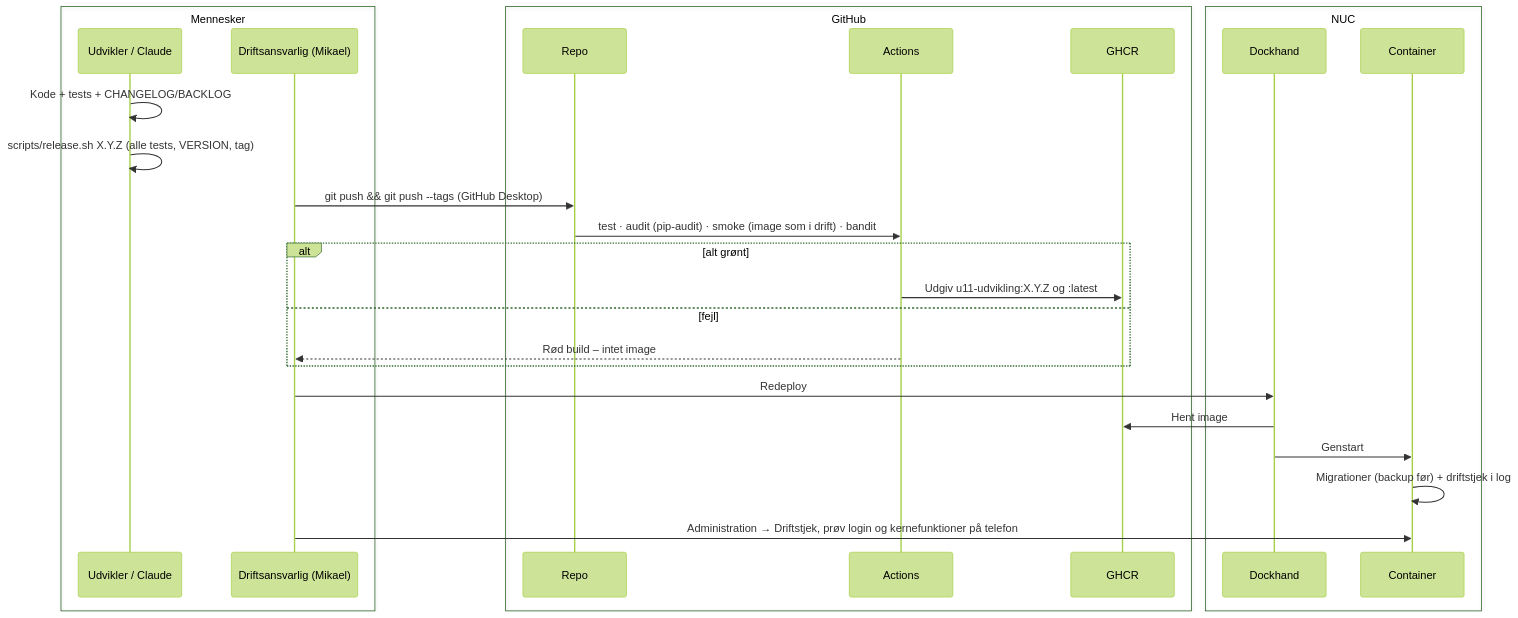
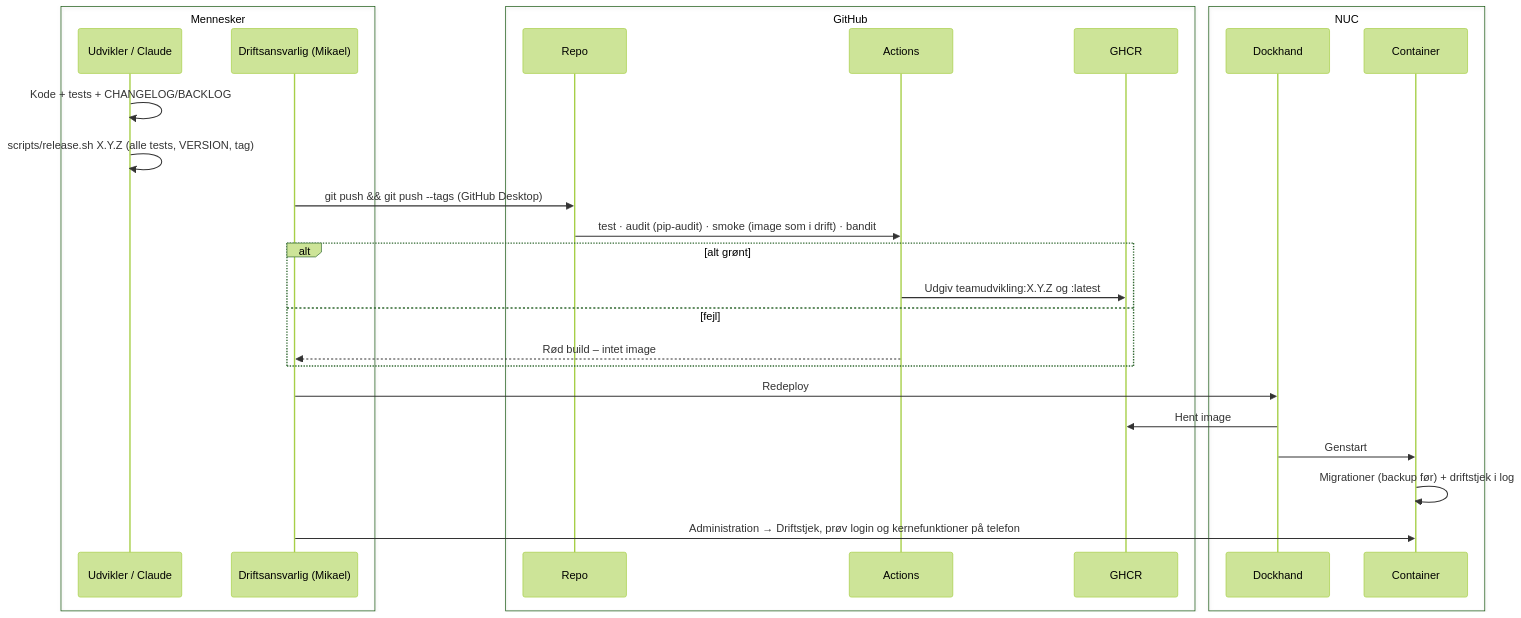
Diagram 12 of 12 in docs/SWIMLANES.md (mikaelkandreasen/TeamUdvikling), drawn with Mermaid (forest theme) before and after one commit. The commit also changed 56 other files, not shown here.

````diff
--- a/docs/SWIMLANES.md
+++ b/docs/SWIMLANES.md
@@ -345,30 +345,30 @@
 ```mermaid
 sequenceDiagram
   box Mennesker
     participant DEV as Udvikler / Claude
     participant OP as Driftsansvarlig (Mikael)
   end
   box GitHub
     participant GH as Repo
     participant CI as Actions
     participant REG as GHCR
   end
   box NUC
     participant DH as Dockhand
     participant APP as Container
   end
   DEV->>DEV: Kode + tests + CHANGELOG/BACKLOG
   DEV->>DEV: scripts/release.sh X.Y.Z (alle tests, VERSION, tag)
   OP->>GH: git push && git push --tags (GitHub Desktop)
   GH->>CI: test · audit (pip-audit) · smoke (image som i drift) · bandit
   alt alt grønt
-    CI->>REG: Udgiv u11-udvikling:X.Y.Z og :latest
+    CI->>REG: Udgiv teamudvikling:X.Y.Z og :latest
   else fejl
     CI-->>OP: Rød build – intet image
   end
   OP->>DH: Redeploy
   DH->>REG: Hent image
   DH->>APP: Genstart
   APP->>APP: Migrationer (backup før) + driftstjek i log
   OP->>APP: Administration → Driftstjek, prøv login og kernefunktioner på telefon
 ```
````
